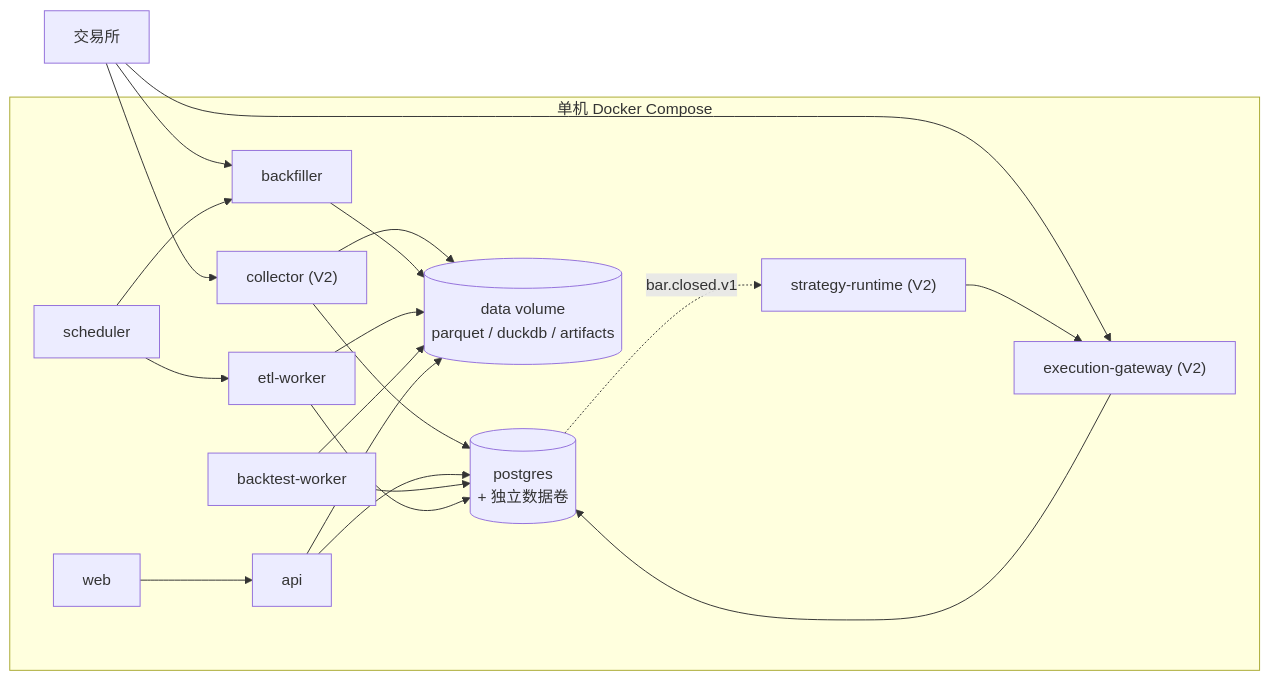
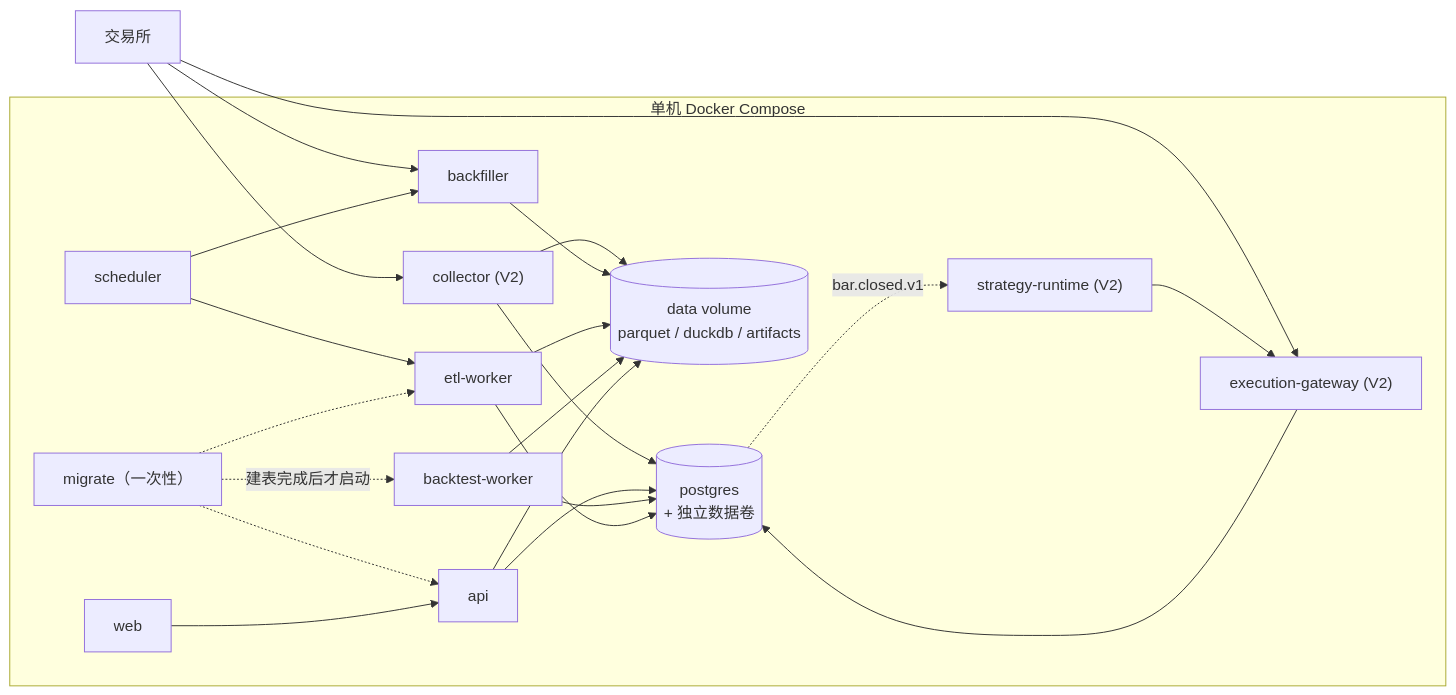
The sixth of 8 diagrams in docs/architecture-design.md (wwei-github/Keel), drawn with Mermaid before and after one commit. The commit also changed other lines of this file and 14 other files, not shown here.

````diff
--- a/docs/architecture-design.md
+++ b/docs/architecture-design.md
@@ -1272,35 +1276,39 @@
 ```mermaid
 flowchart LR
   subgraph NODE["单机 Docker Compose"]
     COL["collector (V2)"]
     BF["backfiller"]
     ETL["etl-worker"]
     BT["backtest-worker"]
     SCH["scheduler"]
+    MIG["migrate（一次性）"]
     SR["strategy-runtime (V2)"]
     GW["execution-gateway (V2)"]
     API["api"]
     WEB["web"]
     PG[("postgres<br/>+ 独立数据卷")]
     VOL[("data volume<br/>parquet / duckdb / artifacts")]
   end
   EX["交易所"]
   EX --> COL
   EX --> BF
   EX --> GW
   COL --> VOL
   COL --> PG
   BF --> VOL
   ETL --> VOL
   BT --> VOL
   SCH --> BF
   SCH --> ETL
+  MIG -.->|建表完成后才启动| BT
+  MIG -.-> ETL
+  MIG -.-> API
   API --> PG
   API --> VOL
   BT --> PG
   ETL --> PG
   PG -.->|bar.closed.v1| SR
   SR --> GW
   GW --> PG
   WEB --> API
 ```
````
